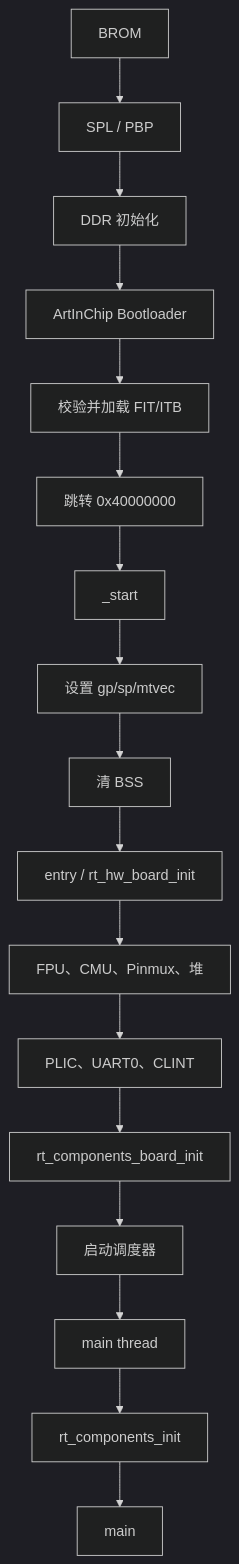
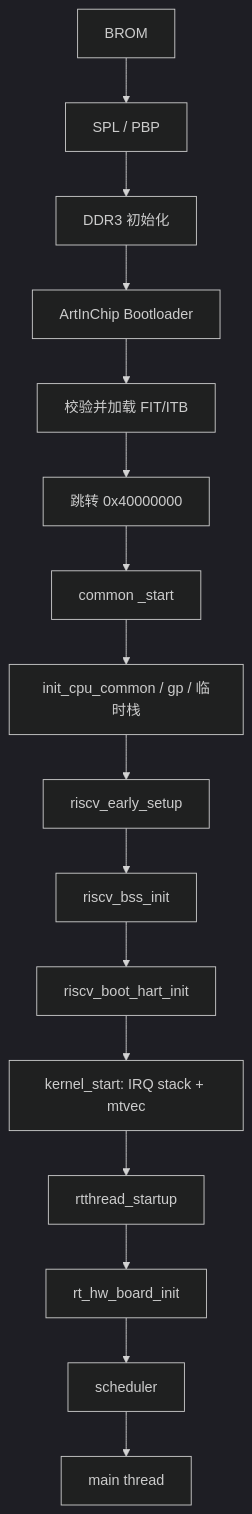
One commit to boa-z/rt-thread changed the diagram in bsp/artinchip/d213-demo128-nand/docs/04-boot-kernel.md. Above: the diagram before and after it, drawn with Mermaid (dark theme). The commit also changed other lines of this file and 26 other files, not shown here.

````diff
--- a/bsp/artinchip/d213-demo128-nand/docs/04-boot-kernel.md
+++ b/bsp/artinchip/d213-demo128-nand/docs/04-boot-kernel.md
@@ -5,19 +9,18 @@
 ```mermaid
 flowchart TD
     A[BROM] --> B[SPL / PBP]
-    B --> C[DDR 初始化]
+    B --> C[DDR3 初始化]
     C --> D[ArtInChip Bootloader]
     D --> E[校验并加载 FIT/ITB]
     E --> F[跳转 0x40000000]
-    F --> G[_start]
-    G --> H[设置 gp/sp/mtvec]
-    H --> I[清 BSS]
-    I --> J[entry / rt_hw_board_init]
-    J --> K[FPU、CMU、Pinmux、堆]
-    K --> L[PLIC、UART0、CLINT]
-    L --> M[rt_components_board_init]
-    M --> N[启动调度器]
-    N --> O[main thread]
-    O --> P[rt_components_init]
-    P --> Q[main]
+    F --> G[common _start]
+    G --> H[init_cpu_common / gp / 临时栈]
+    H --> I[riscv_early_setup]
+    I --> J[riscv_bss_init]
+    J --> K[riscv_boot_hart_init]
+    K --> L[kernel_start: IRQ stack + mtvec]
+    L --> M[rtthread_startup]
+    M --> N[rt_hw_board_init]
+    N --> O[scheduler]
+    O --> P[main thread]
 ```
````
